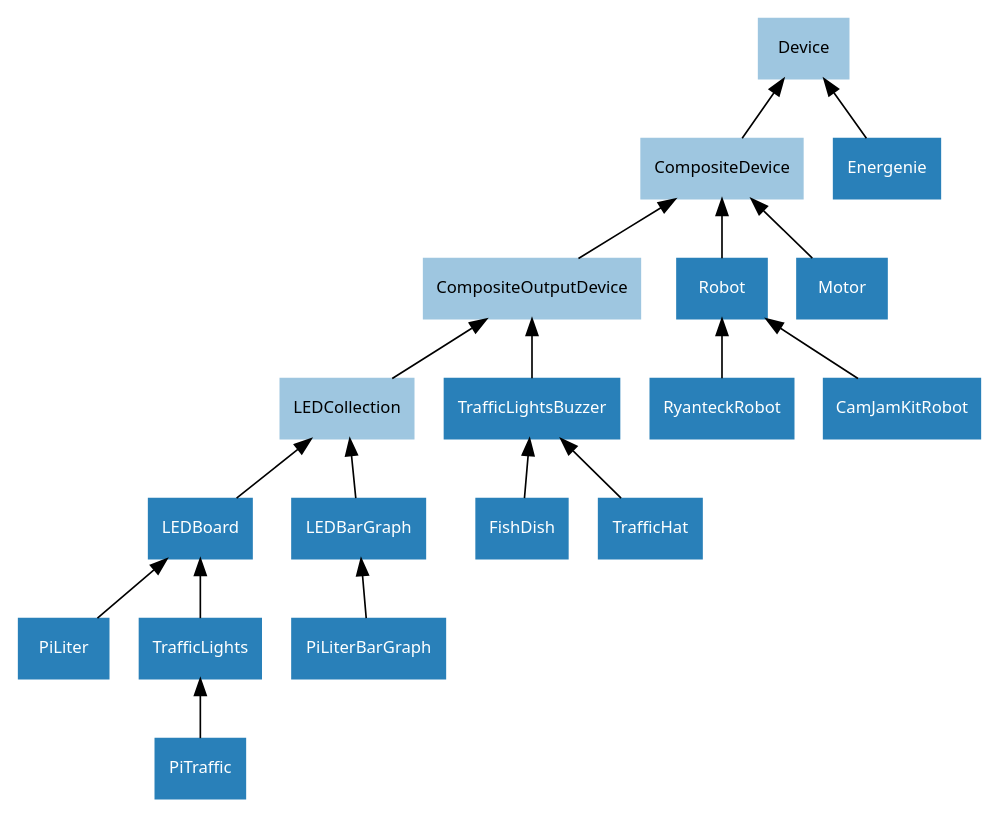
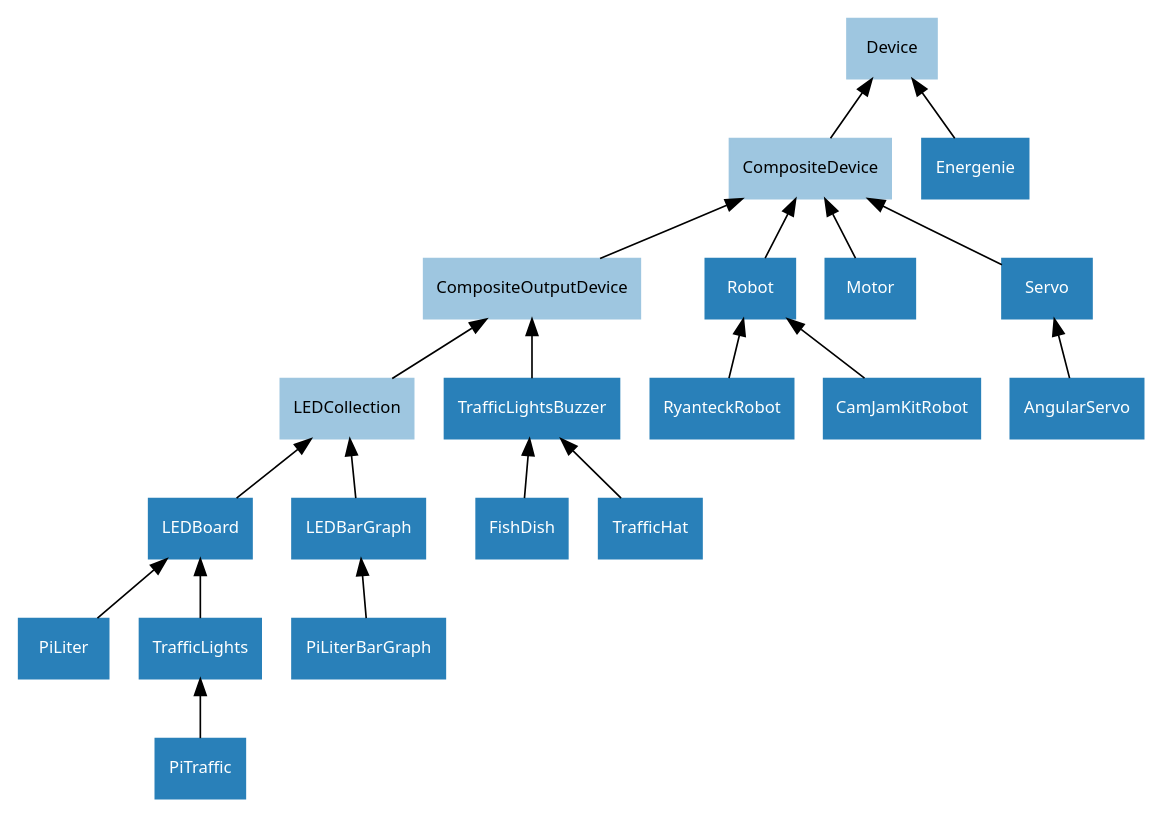
Before and after one commit to gpiozero/gpiozero: the diagram in docs/images/composite_device_hierarchy.dot, drawn with Graphviz. The commit also changed 7 other files, not shown here.

```diff
--- a/docs/images/composite_device_hierarchy.dot
+++ b/docs/images/composite_device_hierarchy.dot
@@ -1,36 +1,38 @@
 /* vim: set et sw=4 sts=4: */
 
 digraph classes {
     graph [rankdir=BT];
     node [shape=rect, style=filled, fontname=Sans, fontsize=10];
     edge [];
 
     /* Abstract classes */
     node [color="#9ec6e0", fontcolor="#000000"]
     Device;
     CompositeDevice;
     CompositeOutputDevice;
     LEDCollection;
 
     /* Concrete classes */
     node [color="#2980b9", fontcolor="#ffffff"];
     CompositeDevice->Device;
     CompositeOutputDevice->CompositeDevice;
     LEDCollection->CompositeOutputDevice;
 
     LEDBoard->LEDCollection;
     LEDBarGraph->LEDCollection;
 
     PiLiter->LEDBoard;
     PiLiterBarGraph->LEDBarGraph;
     TrafficLights->LEDBoard;
     PiTraffic->TrafficLights;
     TrafficLightsBuzzer->CompositeOutputDevice;
     FishDish->TrafficLightsBuzzer;
     TrafficHat->TrafficLightsBuzzer;
     Robot->CompositeDevice;
     RyanteckRobot->Robot;
     CamJamKitRobot->Robot;
     Motor->CompositeDevice;
+    Servo->CompositeDevice;
+    AngularServo->Servo;
     Energenie->Device;
 }
```
